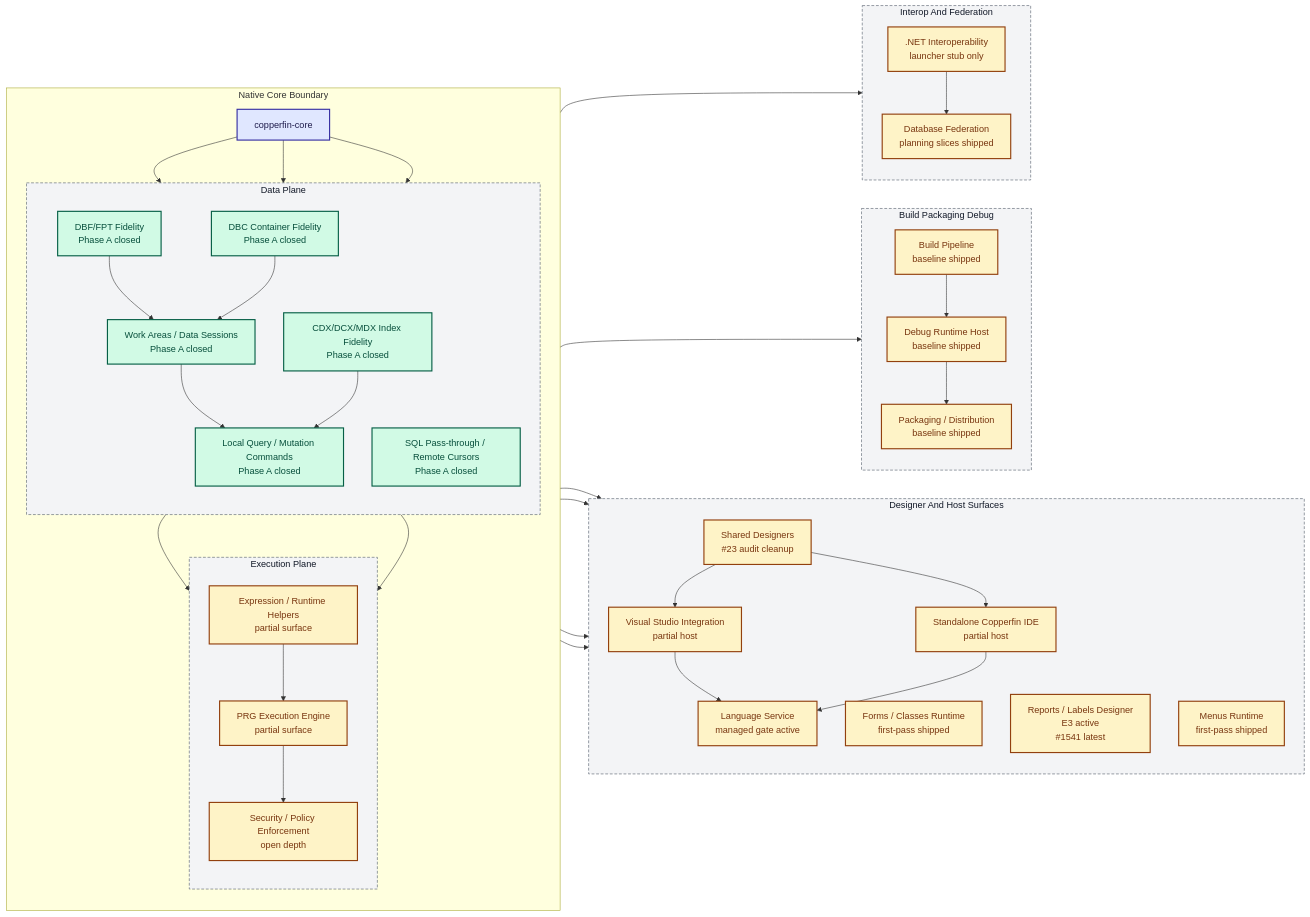
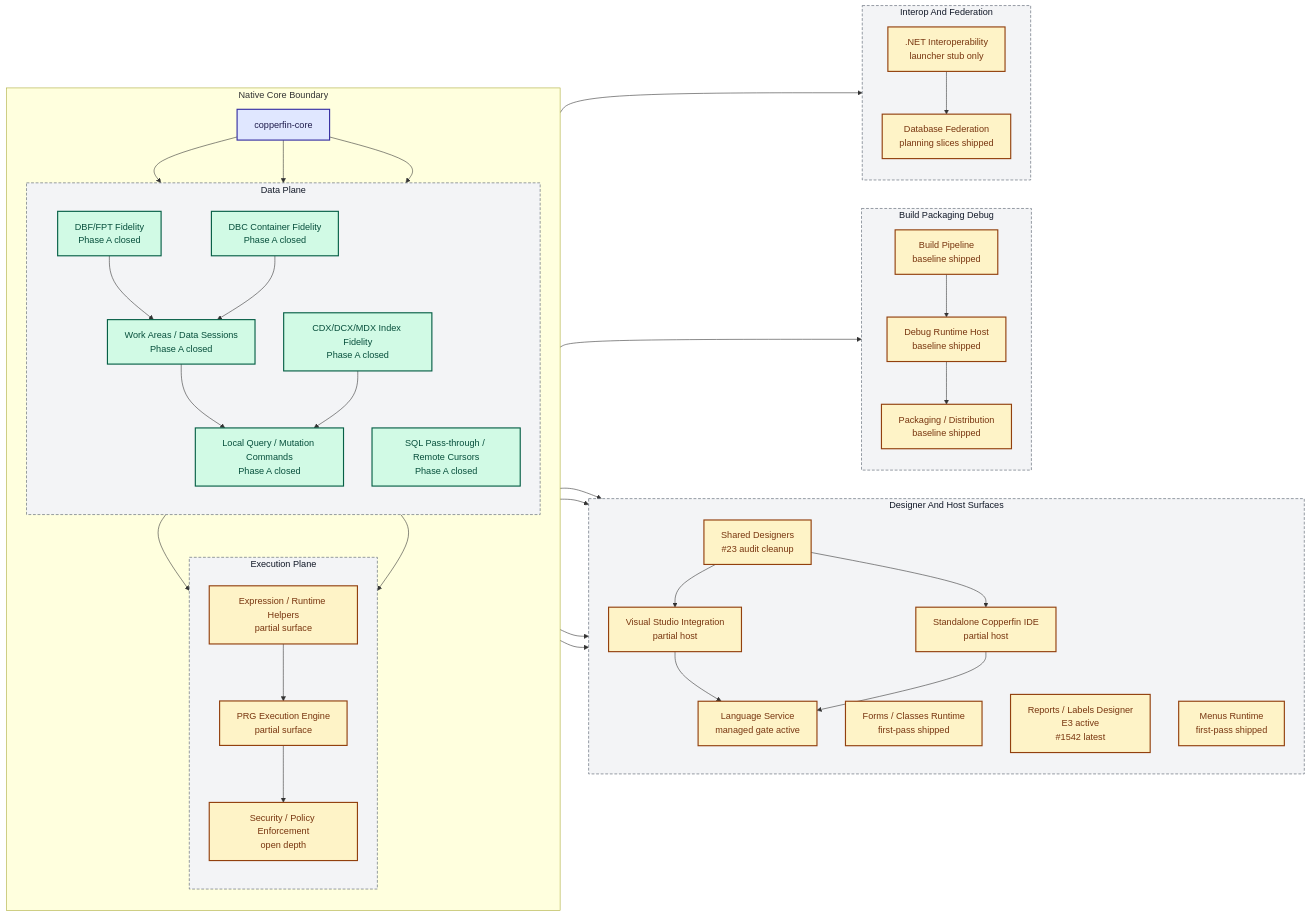
The diagram in docs/02-architecture.md (rhamenator/Project-Copperfin), drawn with Mermaid before and after one commit. The commit also changed 6 other files, not shown here.

```diff
--- a/docs/02-architecture.md
+++ b/docs/02-architecture.md
@@ -36,7 +36,7 @@
         direction TB
         DES["Shared Designers<br/>#23 audit cleanup"]
         FORMS["Forms / Classes Runtime<br/>first-pass shipped"]
-        RPT["Reports / Labels Designer<br/>E3 active<br/>#1541 latest"]
+        RPT["Reports / Labels Designer<br/>E3 active<br/>#1542 latest"]
         MENU["Menus Runtime<br/>first-pass shipped"]
         VS["Visual Studio Integration<br/>partial host"]
         IDE["Standalone Copperfin IDE<br/>partial host"]
```
